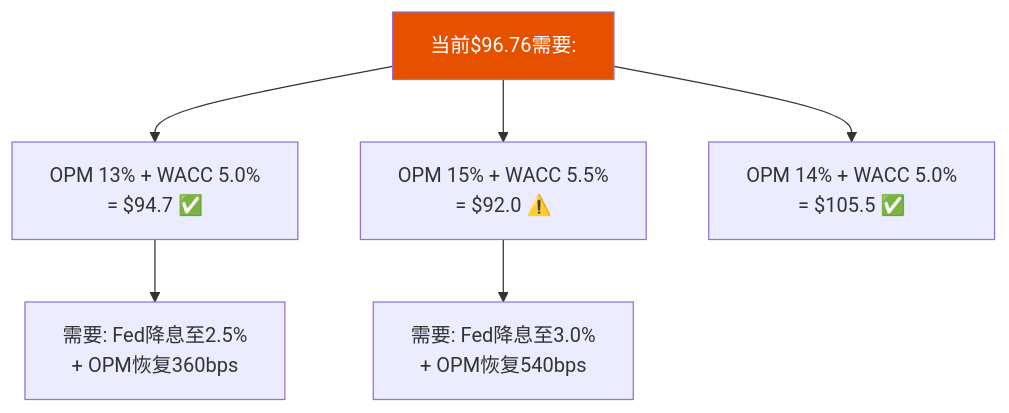
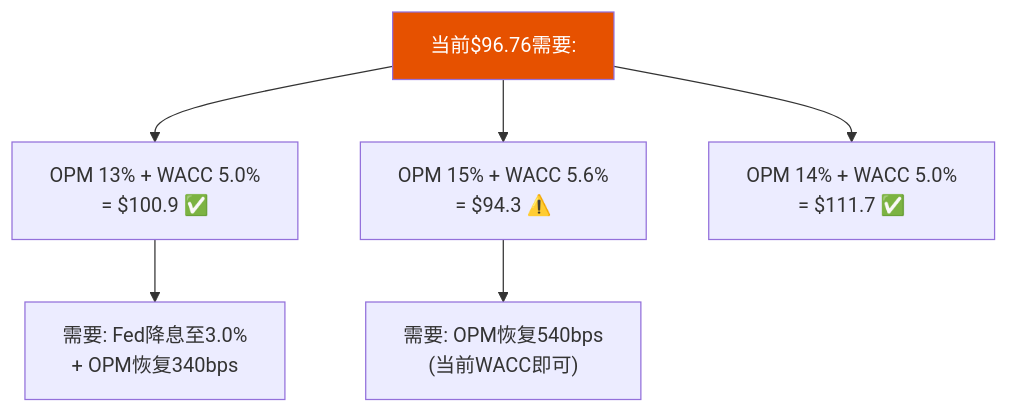
The second of 2 diagrams in reports/SBUX/staging/P3_Ch15_forward_dcf.md (miltonnewyork25-afk/investment-master), drawn with Mermaid before and after one commit. The commit also changed other lines of this file and 7 other files, not shown here.

````diff
--- a/reports/SBUX/staging/P3_Ch15_forward_dcf.md
+++ b/reports/SBUX/staging/P3_Ch15_forward_dcf.md
@@ -181,12 +166,12 @@
 ```mermaid
 graph TD
     PRICE["当前$96.76需要:"]
-    PRICE --> OPT1["OPM 13% + WACC 5.0%<br>= $94.7 ✅"]
-    PRICE --> OPT2["OPM 15% + WACC 5.5%<br>= $92.0 ⚠️"]
-    PRICE --> OPT3["OPM 14% + WACC 5.0%<br>= $105.5 ✅"]
+    PRICE --> OPT1["OPM 13% + WACC 5.0%<br>= $100.9 ✅"]
+    PRICE --> OPT2["OPM 15% + WACC 5.6%<br>= $94.3 ⚠️"]
+    PRICE --> OPT3["OPM 14% + WACC 5.0%<br>= $111.7 ✅"]
 
-    OPT1 --> REQ1["需要: Fed降息至2.5%<br>+ OPM恢复360bps"]
-    OPT2 --> REQ2["需要: Fed降息至3.0%<br>+ OPM恢复540bps"]
+    OPT1 --> REQ1["需要: Fed降息至3.0%<br>+ OPM恢复340bps"]
+    OPT2 --> REQ2["需要: OPM恢复540bps<br>(当前WACC即可)"]
 
     style PRICE fill:#e65100,color:#fff
 ```
````
